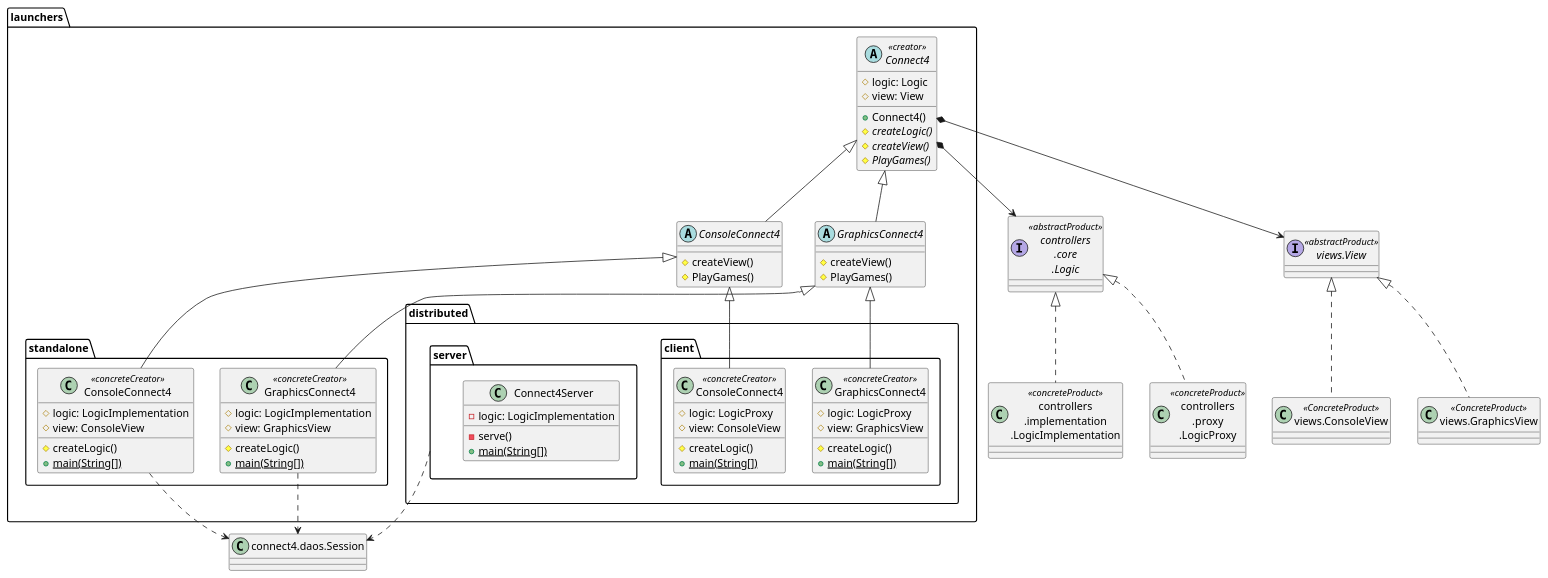
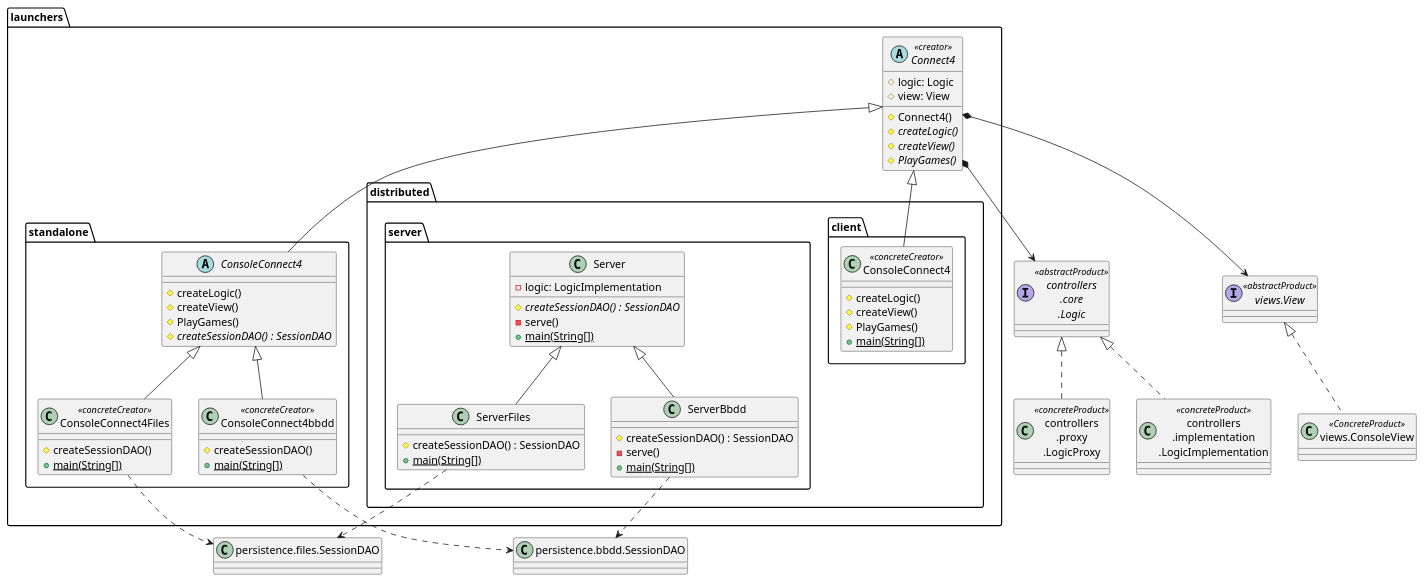
One commit to js-rom/connect4 changed the diagram in connect4/Docs/diagrams/src/packages/connect4.connect4.launchers.plantuml. Above: the diagram before and after it, drawn with PlantUML. The commit also changed 19 other files, not shown here.

```diff
--- a/connect4/Docs/diagrams/src/packages/connect4.connect4.launchers.plantuml
+++ b/connect4/Docs/diagrams/src/packages/connect4.connect4.launchers.plantuml
@@ -1,106 +1,109 @@
 @startuml connect4.connect4.launchers
 
-interface Logic as "controllers\n.core\n.Logic" <<abstractProduct>> 
+interface Logic as "controllers\n.core\n.Logic" <<abstractProduct>>
 class LogicImplementation as "controllers\n.implementation\n.LogicImplementation" <<concreteProduct>>
 Logic <|.. LogicImplementation
 class LogicProxy as "controllers\n.proxy\n.LogicProxy" <<concreteProduct>>
 Logic <|.. LogicProxy
 
 class ConsoleView as "views.ConsoleView" <<ConcreteProduct>>
-class GraphicsView as "views.GraphicsView" <<ConcreteProduct>>
 interface View as "views.View" <<abstractProduct>>
 View <|.. ConsoleView
-View <|.. GraphicsView
+
+class SessionDAOFiles as "persistence.files.SessionDAO"
+class SessionDAObbdd as "persistence.bbdd.SessionDAO"
 
 package "launchers" {
 
     abstract class launchers.Connect4 <<creator>> {
         # logic: Logic
         # view: View
-        + Connect4()
+        # Connect4()
         # {abstract}createLogic()
         # {abstract}createView()
-        # {abstract} PlayGames()
+        # {abstract}PlayGames()
+
     }
 
-    abstract class launchers.ConsoleConnect4  {
-        # createView()
-        # PlayGames()
-    }
-    
-    abstract class launchers.GraphicsConnect4 {
-        # createView()
-        # PlayGames()
+    package standalone {
+
+        abstract class ConsoleConnect4  {
+            # createLogic()
+            # createView()
+            # PlayGames()
+            # {abstract}createSessionDAO() : SessionDAO
+        }
+
+        class ConsoleConnect4Files <<concreteCreator>> {
+            # createSessionDAO()
+            {static}+main(String[])
+        }
+
+        class ConsoleConnect4bbdd <<concreteCreator>> {
+            # createSessionDAO()
+            {static}+main(String[])
+        }
+
     }
 
-    Connect4 <|-- ConsoleConnect4
-    Connect4 <|-- GraphicsConnect4
+    Connect4 <|-- standalone.ConsoleConnect4
+    standalone.ConsoleConnect4 <|-- standalone.ConsoleConnect4Files
+    standalone.ConsoleConnect4 <|-- standalone.ConsoleConnect4bbdd
 
-    package standalone {
-    
-        class ConsoleConnect4 <<concreteCreator>> {
-            # logic: LogicImplementation
-            # view: ConsoleView
-            # createLogic()
-            {static}+main(String[])
+
+
+    package distributed {
+
+        package client {
+            class ConsoleConnect4 <<concreteCreator>> {
+                # createLogic()
+                # createView()
+                # PlayGames()
+                {static}+main(String[])
+            }
+
+
+
         }
+
+        package server {
+
+            class Server {
+                - logic: LogicImplementation
+                # {abstract}createSessionDAO() : SessionDAO
+                - serve()
+                {static}+main(String[])
+            }
+
+            class ServerFiles {
+                # createSessionDAO() : SessionDAO
+                {static}+main(String[])
+            }
+
+            class ServerBbdd {
+                # createSessionDAO() : SessionDAO
+                - serve()
+                {static}+main(String[])
+            }
+        }
+
         
-        class GraphicsConnect4 <<concreteCreator>> {
-            # logic: LogicImplementation
-            # view: GraphicsView
-            # createLogic()
-            {static}+main(String[])
-        }
-    
     }
 
-    launchers.ConsoleConnect4 <|-- standalone.ConsoleConnect4
-    launchers.GraphicsConnect4 <|-- standalone.GraphicsConnect4
-    
-    
-        package distributed {
-        
-            package client {
-                class ConsoleConnect4 <<concreteCreator>> {
-                    # logic: LogicProxy
-                    # view: ConsoleView
-                    # createLogic()
-                    {static}+main(String[])
-                }
-        
-                class GraphicsConnect4 <<concreteCreator>> {
-                    # logic: LogicProxy
-                    # view: GraphicsView
-                    # createLogic()
-                    {static}+main(String[])
-                }
-                
-               
-            }
-            package server {
-                class Connect4Server {
-                    - logic: LogicImplementation
-                    - serve()
-                    {static}+main(String[])
-                }
-            }
-    
-    }
+    launchers.Connect4 <|-- distributed.client.ConsoleConnect4
 
-    launchers.ConsoleConnect4 <|-- distributed.client.ConsoleConnect4
-    launchers.GraphicsConnect4 <|-- distributed.client.GraphicsConnect4
-    
 }
 
 launchers.Connect4 *--> Logic
 launchers.Connect4 *--> View
 
-class Session as "connect4.daos.Session"
-launchers.standalone.ConsoleConnect4 ..> Session
-launchers.standalone.GraphicsConnect4 ..> Session
-launchers.distributed.server ..> Session
 
-
+launchers.standalone.ConsoleConnect4Files ..> SessionDAOFiles
+launchers.standalone.ConsoleConnect4bbdd ..> SessionDAObbdd
+launchers.distributed.server.Server <|-- launchers.distributed.server.ServerFiles
+launchers.distributed.server.Server <|-- launchers.distributed.server.ServerBbdd
+launchers.distributed.server.ServerFiles ..> SessionDAOFiles
+launchers.distributed.server.ServerBbdd ..> SessionDAObbdd
 
 
 @enduml
```
